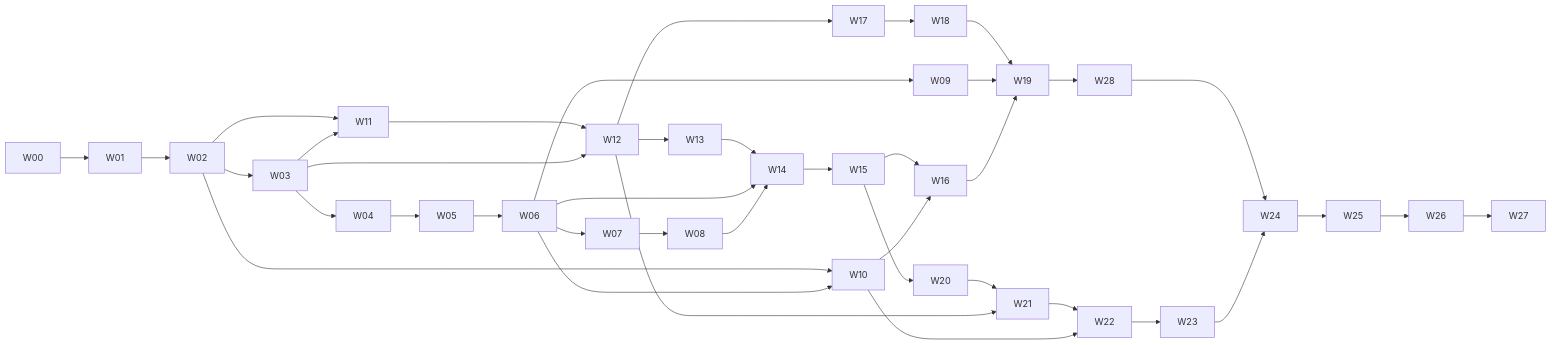
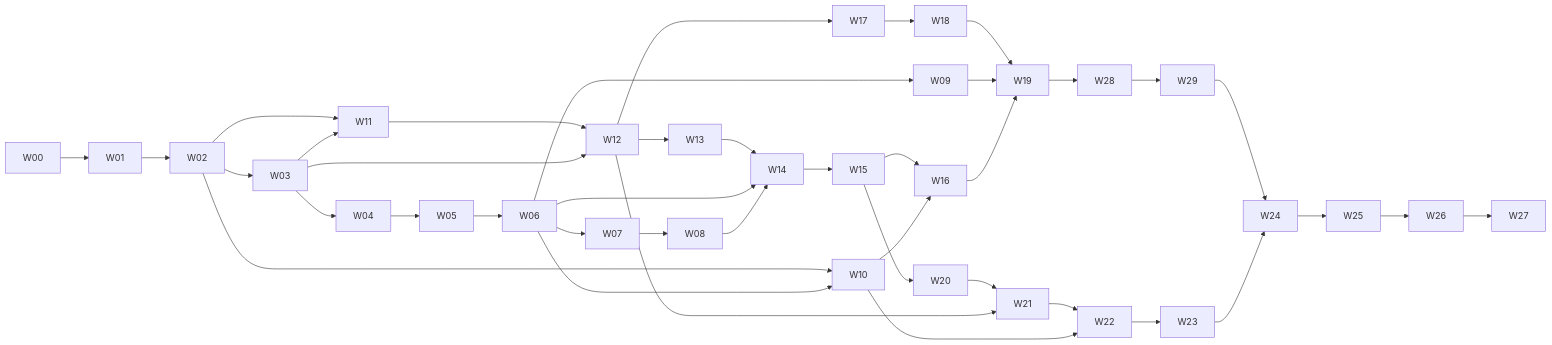
One commit to mizusawa-matsuri937/megumin_companion_ai changed the sixth of 6 diagrams in docs/windows_development_plan.md. Above: the diagram before and after it, drawn with Mermaid. The commit also changed other lines of this file and 63 other files, not shown here.

````diff
--- a/docs/windows_development_plan.md
+++ b/docs/windows_development_plan.md
@@ -469,23 +473,23 @@
 ```mermaid
 flowchart LR
     W00 --> W01 --> W02 --> W03 --> W04 --> W05
     W05 --> W06 --> W07 --> W08
     W06 --> W09
     W02 --> W10
     W06 --> W10
     W02 --> W11
     W03 --> W11 --> W12
     W03 --> W12
     W12 --> W13 --> W14 --> W15 --> W16
     W06 --> W14
     W08 --> W14
     W10 --> W16
     W12 --> W17 --> W18 --> W19
     W09 --> W19
     W16 --> W19
     W15 --> W20 --> W21 --> W22
     W12 --> W21
     W10 --> W22
-    W19 --> W28 --> W24
+    W19 --> W28 --> W29 --> W24
     W22 --> W23 --> W24 --> W25 --> W26 --> W27
 ```
````
